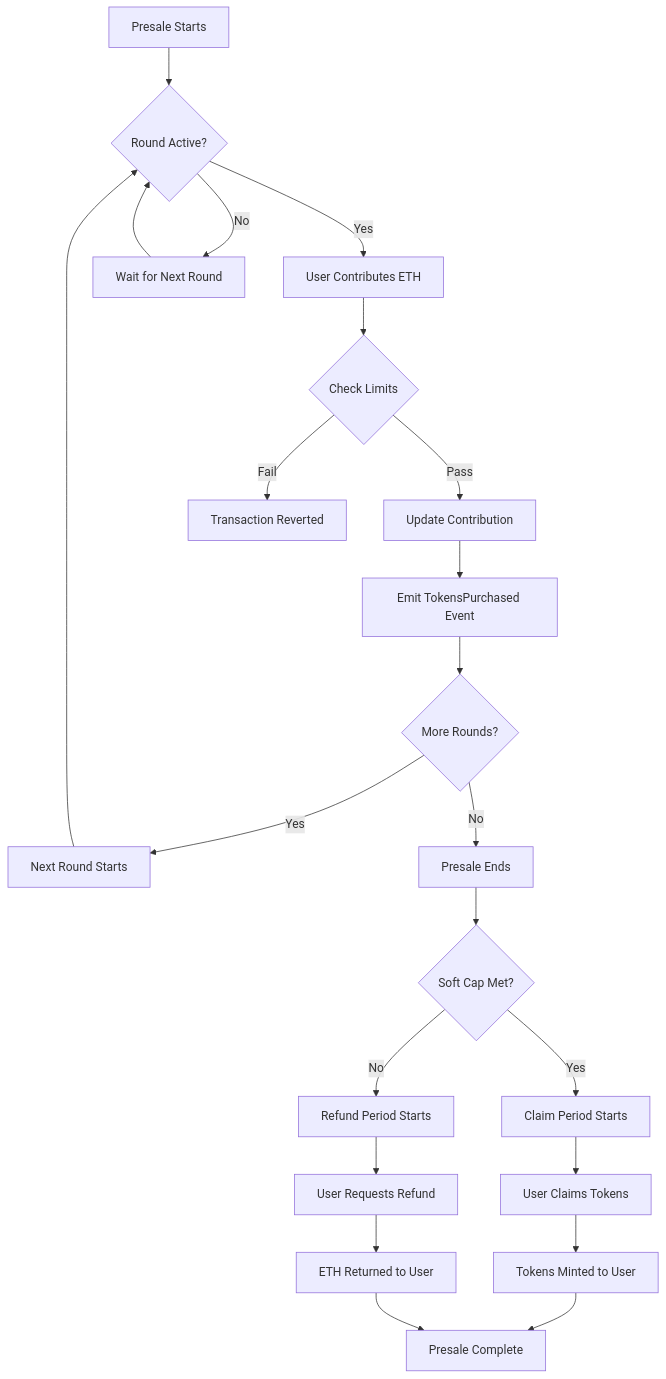
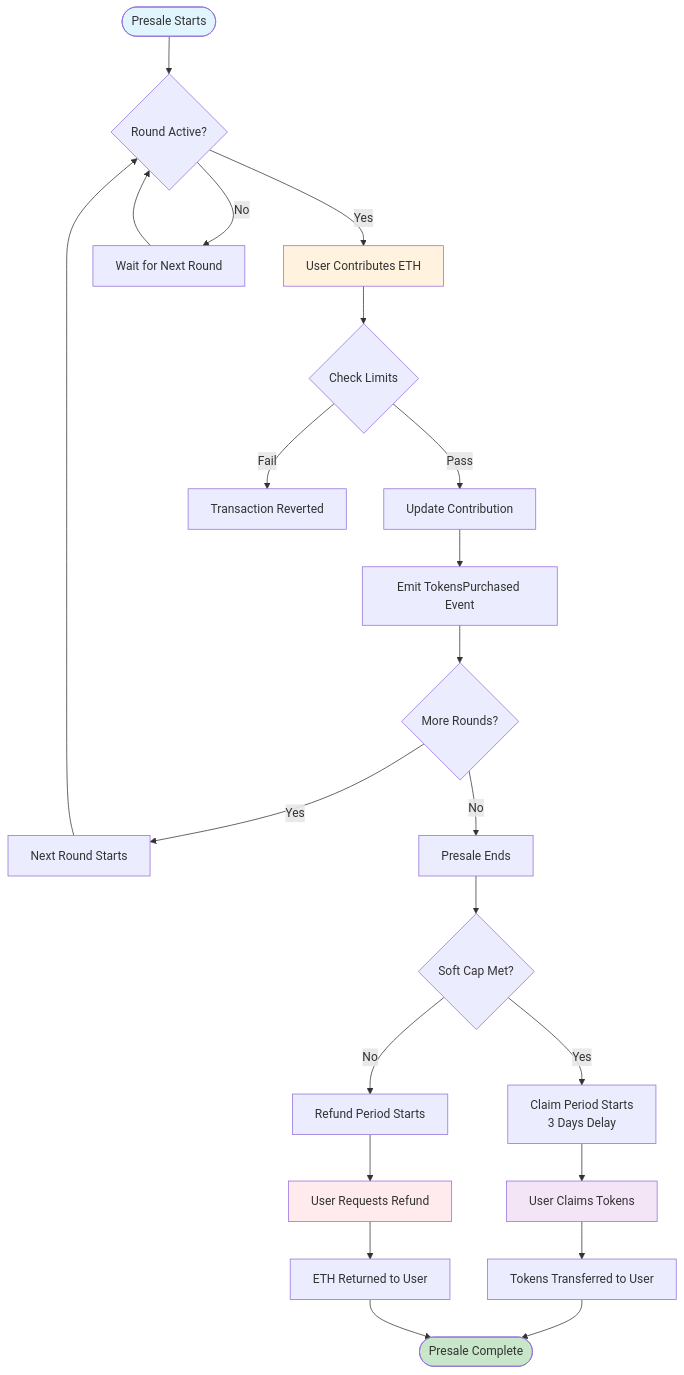
Before and after one commit to David-glitc/reo-presale: the diagram in README.md, drawn with Mermaid. The commit also changed other lines of this file and 19 other files, not shown here.

````diff
--- a/README.md
+++ b/README.md
@@ -49,31 +49,37 @@
 ```mermaid
-graph TD
-    A[Presale Starts] --> B{Round Active?}
-    B -->|Yes| C[User Contributes ETH]
-    B -->|No| D[Wait for Next Round]
-    D --> B
+flowchart TD
+    Start([Presale Starts]) --> CheckRound{Round Active?}
+    CheckRound -->|Yes| Contribute[User Contributes ETH]
+    CheckRound -->|No| Wait[Wait for Next Round]
+    Wait --> CheckRound
     
-    C --> E{Check Limits}
-    E -->|Pass| F[Update Contribution]
-    E -->|Fail| G[Transaction Reverted]
+    Contribute --> Validate{Check Limits}
+    Validate -->|Pass| Update[Update Contribution]
+    Validate -->|Fail| Revert[Transaction Reverted]
     
-    F --> H[Emit TokensPurchased Event]
-    H --> I{More Rounds?}
-    I -->|Yes| J[Next Round Starts]
-    I -->|No| K[Presale Ends]
+    Update --> Event[Emit TokensPurchased Event]
+    Event --> MoreRounds{More Rounds?}
+    MoreRounds -->|Yes| NextRound[Next Round Starts]
+    MoreRounds -->|No| PresaleEnd[Presale Ends]
     
-    J --> B
-    K --> L{Soft Cap Met?}
+    NextRound --> CheckRound
+    PresaleEnd --> SoftCap{Soft Cap Met?}
     
-    L -->|Yes| M[Claim Period Starts]
-    L -->|No| N[Refund Period Starts]
+    SoftCap -->|Yes| ClaimPeriod[Claim Period Starts<br/>3 Days Delay]
+    SoftCap -->|No| RefundPeriod[Refund Period Starts]
     
-    M --> O[User Claims Tokens]
-    O --> P[Tokens Minted to User]
+    ClaimPeriod --> Claim[User Claims Tokens]
+    Claim --> Mint[Tokens Transferred to User]
     
-    N --> Q[User Requests Refund]
-    Q --> R[ETH Returned to User]
+    RefundPeriod --> Refund[User Requests Refund]
+    Refund --> Return[ETH Returned to User]
     
-    P --> S[Presale Complete]
-    R --> S
+    Mint --> Complete([Presale Complete])
+    Return --> Complete
+    
+    style Start fill:#e1f5fe
+    style Complete fill:#c8e6c9
+    style Contribute fill:#fff3e0
+    style Claim fill:#f3e5f5
+    style Refund fill:#ffebee
 ```
````
